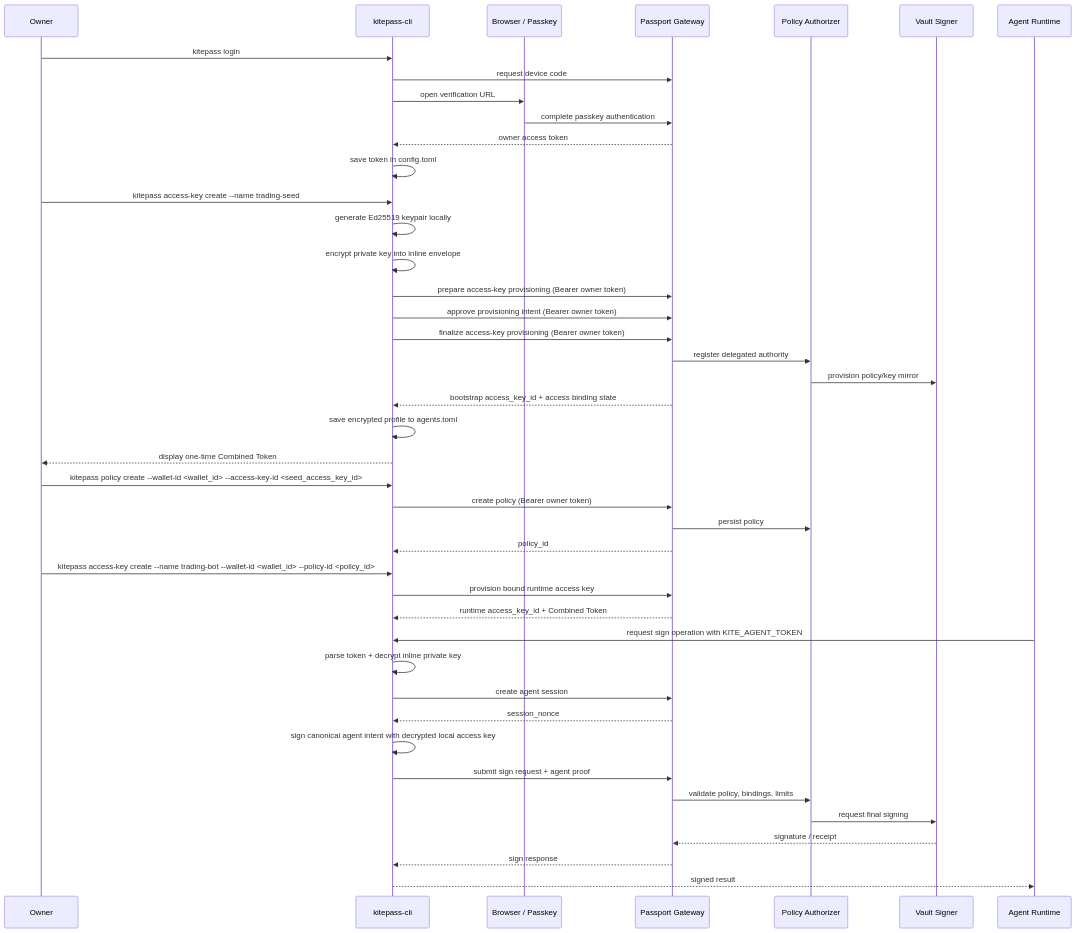
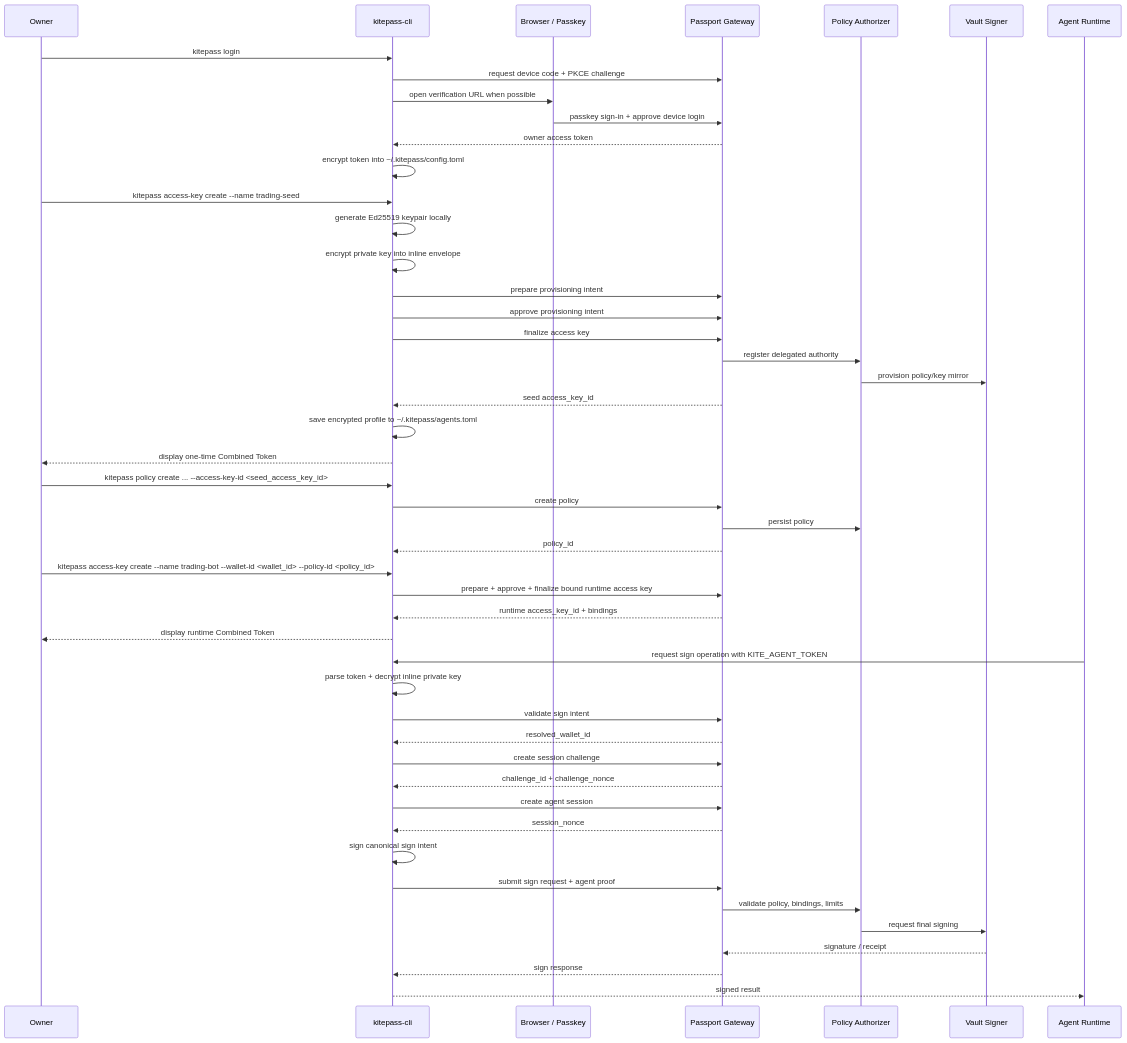
Before and after one commit to zfdang/agent-passport-cli: the diagram in docs/owner-token-and-agent-access-key-flow.md, drawn with Mermaid. The commit also changed other lines of this file and 6 other files, not shown here.

````diff
--- a/docs/owner-token-and-agent-access-key-flow.md
+++ b/docs/owner-token-and-agent-access-key-flow.md
@@ -14,50 +31,55 @@
 ```mermaid
 sequenceDiagram
     participant Owner as Owner
     participant CLI as kitepass-cli
     participant Browser as Browser / Passkey
     participant Gateway as Passport Gateway
     participant Authz as Policy Authorizer
     participant Vault as Vault Signer
     participant Agent as Agent Runtime
 
     Owner->>CLI: kitepass login
-    CLI->>Gateway: request device code
-    CLI->>Browser: open verification URL
-    Browser->>Gateway: complete passkey authentication
+    CLI->>Gateway: request device code + PKCE challenge
+    CLI->>Browser: open verification URL when possible
+    Browser->>Gateway: passkey sign-in + approve device login
     Gateway-->>CLI: owner access token
-    CLI->>CLI: save token in config.toml
+    CLI->>CLI: encrypt token into ~/.kitepass/config.toml
 
     Owner->>CLI: kitepass access-key create --name trading-seed
     CLI->>CLI: generate Ed25519 keypair locally
     CLI->>CLI: encrypt private key into inline envelope
-    CLI->>Gateway: prepare access-key provisioning (Bearer owner token)
-    CLI->>Gateway: approve provisioning intent (Bearer owner token)
-    CLI->>Gateway: finalize access-key provisioning (Bearer owner token)
+    CLI->>Gateway: prepare provisioning intent
+    CLI->>Gateway: approve provisioning intent
+    CLI->>Gateway: finalize access key
     Gateway->>Authz: register delegated authority
     Authz->>Vault: provision policy/key mirror
-    Gateway-->>CLI: bootstrap access_key_id + access binding state
-    CLI->>CLI: save encrypted profile to agents.toml
+    Gateway-->>CLI: seed access_key_id
+    CLI->>CLI: save encrypted profile to ~/.kitepass/agents.toml
     CLI-->>Owner: display one-time Combined Token
 
-    Owner->>CLI: kitepass policy create --wallet-id <wallet_id> --access-key-id <seed_access_key_id>
-    CLI->>Gateway: create policy (Bearer owner token)
+    Owner->>CLI: kitepass policy create ... --access-key-id <seed_access_key_id>
+    CLI->>Gateway: create policy
     Gateway->>Authz: persist policy
     Gateway-->>CLI: policy_id
 
     Owner->>CLI: kitepass access-key create --name trading-bot --wallet-id <wallet_id> --policy-id <policy_id>
-    CLI->>Gateway: provision bound runtime access key
-    Gateway-->>CLI: runtime access_key_id + Combined Token
+    CLI->>Gateway: prepare + approve + finalize bound runtime access key
+    Gateway-->>CLI: runtime access_key_id + bindings
+    CLI-->>Owner: display runtime Combined Token
 
     Agent->>CLI: request sign operation with KITE_AGENT_TOKEN
     CLI->>CLI: parse token + decrypt inline private key
+    CLI->>Gateway: validate sign intent
+    Gateway-->>CLI: resolved_wallet_id
+    CLI->>Gateway: create session challenge
+    Gateway-->>CLI: challenge_id + challenge_nonce
     CLI->>Gateway: create agent session
     Gateway-->>CLI: session_nonce
-    CLI->>CLI: sign canonical agent intent with decrypted local access key
+    CLI->>CLI: sign canonical sign intent
     CLI->>Gateway: submit sign request + agent proof
     Gateway->>Authz: validate policy, bindings, limits
     Authz->>Vault: request final signing
     Vault-->>Gateway: signature / receipt
     Gateway-->>CLI: sign response
     CLI-->>Agent: signed result
 ```
````
